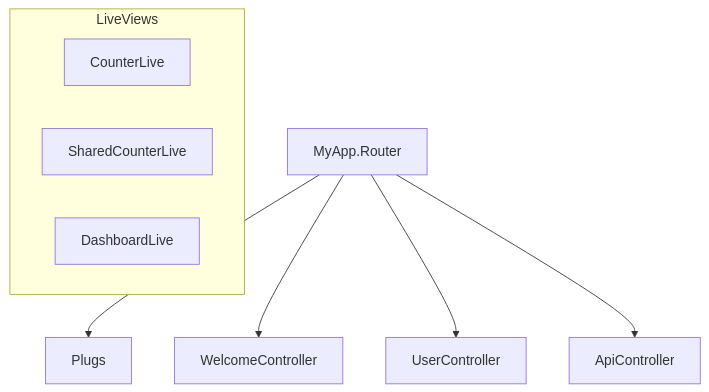
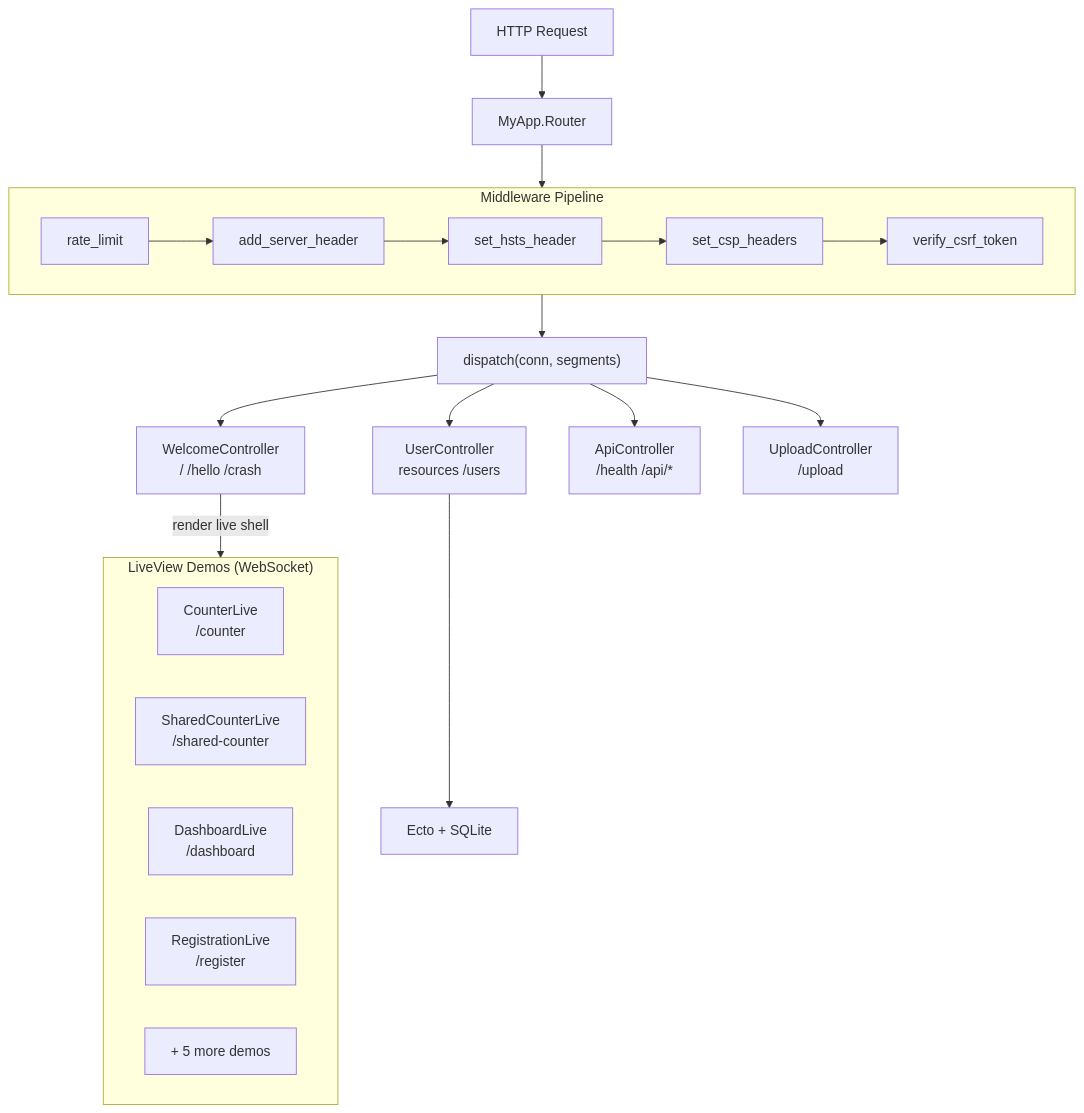
One commit to rajeshpillai/elixir-byowf changed the diagram in course/modules/12-sample-app.md. Above: the diagram before and after it, drawn with Mermaid. The commit also changed other lines of this file and 26 other files, not shown here.

````diff
--- a/course/modules/12-sample-app.md
+++ b/course/modules/12-sample-app.md
@@ -23,13 +35,31 @@
 ```mermaid
 graph TD
-    Router["MyApp.Router"] --> Pipeline["Plugs"]
-    Router --> WC["WelcomeController"]
-    Router --> UC["UserController"]
-    Router --> AC["ApiController"]
-    subgraph "LiveViews"
-        CL["CounterLive"]
-        SCL["SharedCounterLive"]
-        DL["DashboardLive"]
+    Request["HTTP Request"] --> Router["MyApp.Router"]
+
+    subgraph Plugs["Middleware Pipeline"]
+        P1["rate_limit"] --> P2["add_server_header"]
+        P2 --> P3["set_hsts_header"]
+        P3 --> P4["set_csp_headers"]
+        P4 --> P5["verify_csrf_token"]
     end
-    click Router "?page=modules/02-router-dsl.md" "Router"
+
+    Router --> Plugs
+    Plugs --> Dispatch["dispatch(conn, segments)"]
+
+    Dispatch --> WC["WelcomeController<br/>/  /hello  /crash"]
+    Dispatch --> UC["UserController<br/>resources /users"]
+    Dispatch --> AC["ApiController<br/>/health  /api/*"]
+    Dispatch --> UPC["UploadController<br/>/upload"]
+
+    WC -->|"render live shell"| LiveViews
+
+    subgraph LiveViews["LiveView Demos (WebSocket)"]
+        CL["CounterLive<br/>/counter"]
+        SCL["SharedCounterLive<br/>/shared-counter"]
+        DL["DashboardLive<br/>/dashboard"]
+        RL["RegistrationLive<br/>/register"]
+        More["+ 5 more demos"]
+    end
+
+    UC --> Ecto["Ecto + SQLite"]
 ```
````
